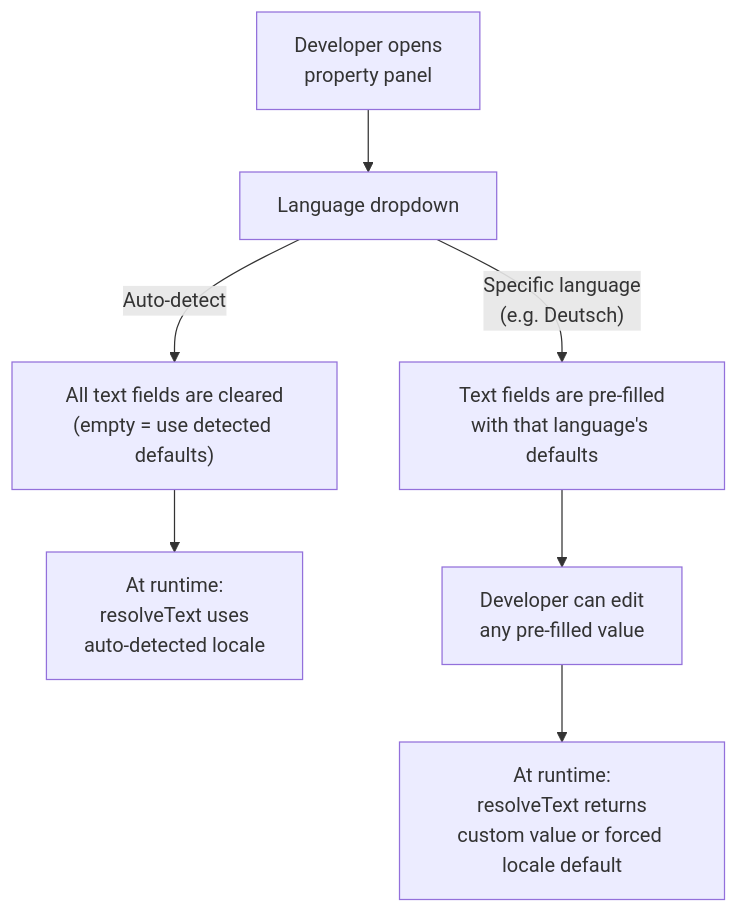
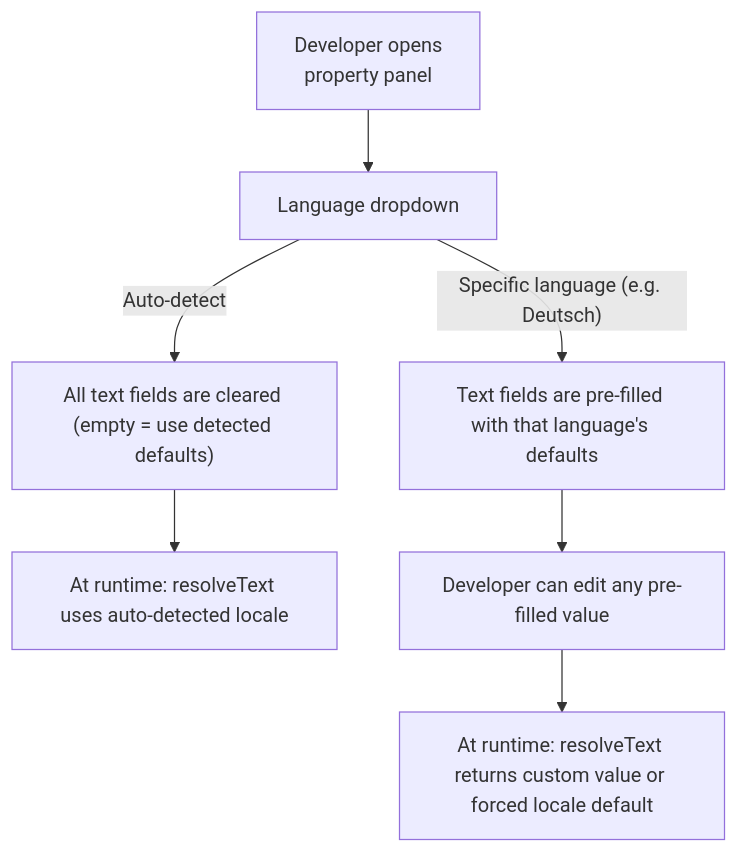
One commit to ptarmiganlabs/qs-help-button changed the third of 5 diagrams in docs/multi-language.md. Above: the diagram before and after it, drawn with Mermaid. The commit also changed other lines of this file, not shown here.

Commit message:
docs: update multi-language documentation with notes on visibility and future enhancements

````diff
--- a/docs/multi-language.md
+++ b/docs/multi-language.md
@@ -130,9 +131,9 @@
 ```mermaid
 flowchart TD
     DEV["Developer opens\nproperty panel"] --> DD["Language dropdown"]
-    DD -- "Auto-detect" --> CLEAR["All text fields are cleared\n(empty = use detected defaults)"]
-    DD -- "Specific language\n(e.g. Deutsch)" --> FILL["Text fields are pre-filled\nwith that language's defaults"]
-    CLEAR --> RT["At runtime:\nresolveText uses\nauto-detected locale"]
-    FILL --> EDIT["Developer can edit\nany pre-filled value"]
-    EDIT --> RT2["At runtime:\nresolveText returns\ncustom value or forced locale default"]
+    DD -- "Auto-detect" --> CLEAR["All text fields are cleared (empty = use detected defaults)"]
+    DD -- "Specific language (e.g. Deutsch)" --> FILL["Text fields are pre-filled with that language's defaults"]
+    CLEAR --> RT["At runtime: resolveText uses auto-detected locale"]
+    FILL --> EDIT["Developer can edit any pre-filled value"]
+    EDIT --> RT2["At runtime: resolveText returns custom value or forced locale default"]
 ```
````
